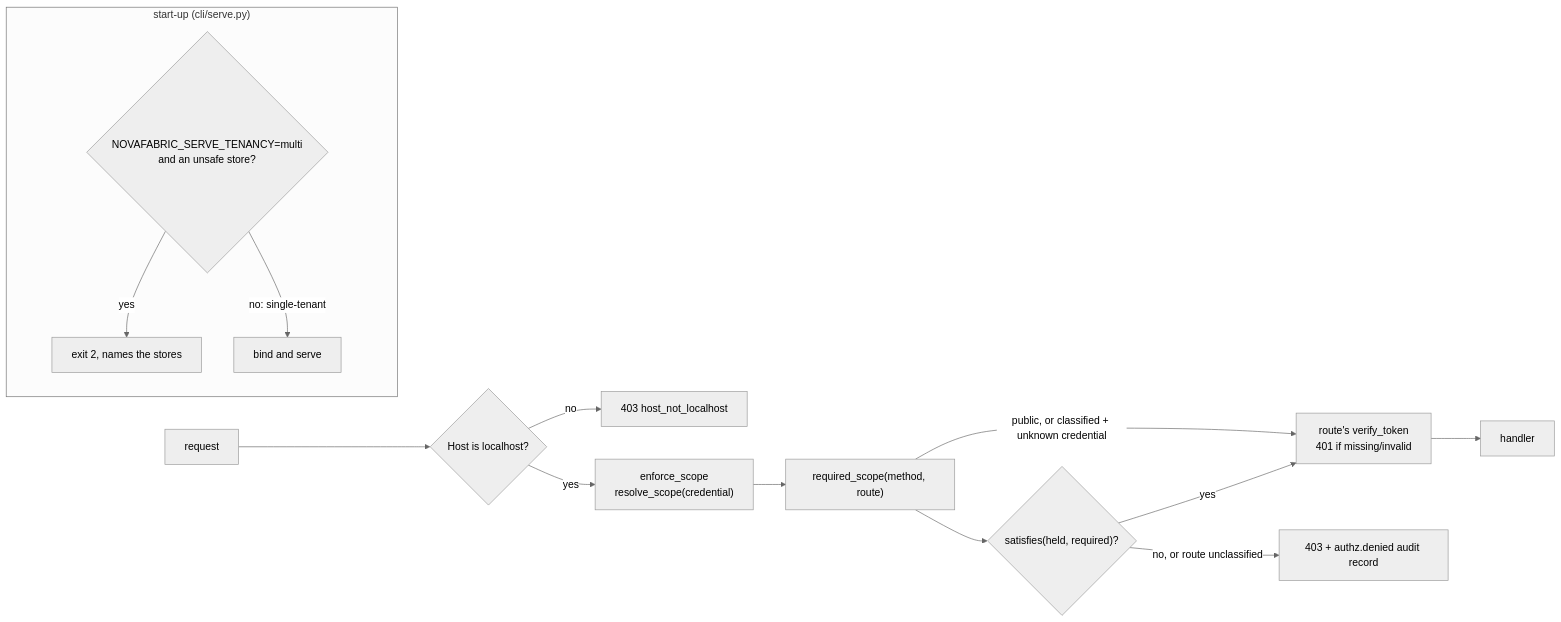
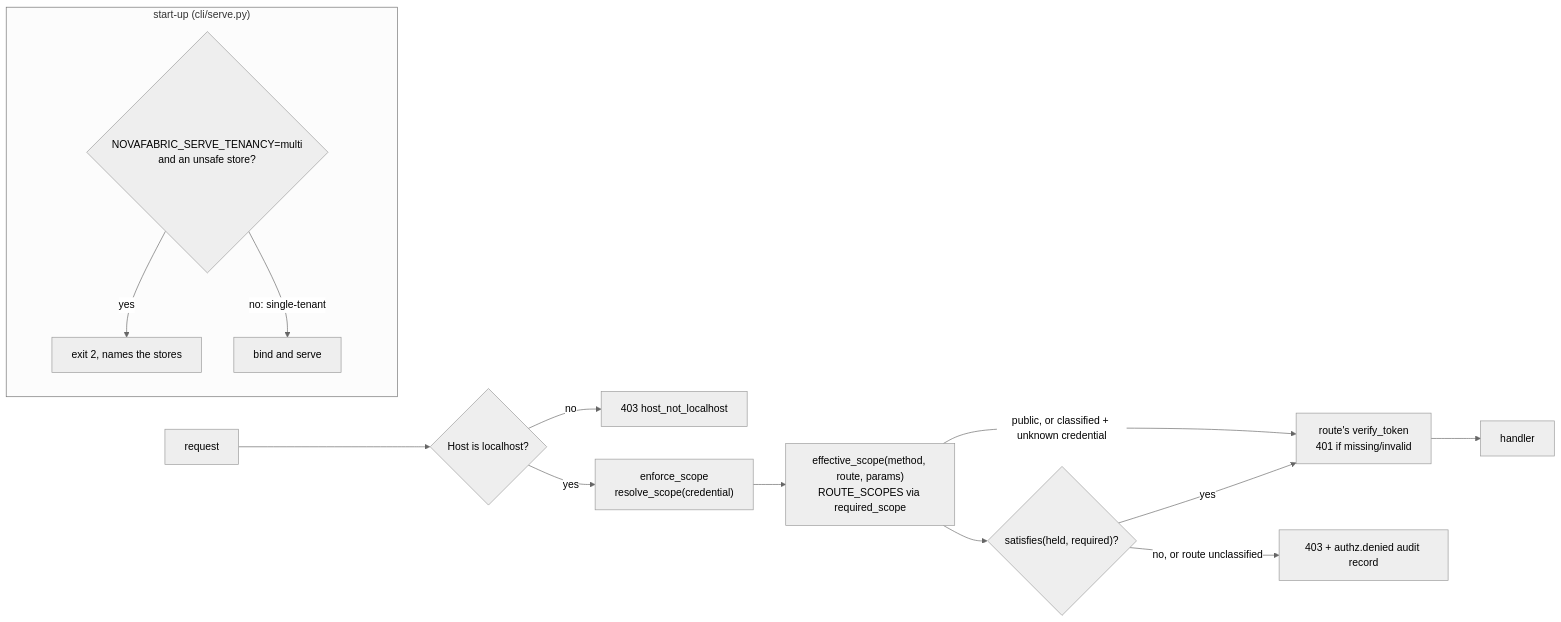
One commit to MSKazemi/novafabric changed the diagram in docs/architecture/serve-request-path.md. Above: the diagram before and after it, drawn with Mermaid (neutral theme). The commit also changed other lines of this file and 14 other files, not shown here.

Commit message:
docs(architecture): verify the architecture pages against the code (#363)

````diff
--- a/docs/architecture/serve-request-path.md
+++ b/docs/architecture/serve-request-path.md
@@ -18,16 +20,16 @@
 ```mermaid
 flowchart LR
     subgraph boot["start-up (cli/serve.py)"]
         T{"NOVAFABRIC_SERVE_TENANCY=multi<br/>and an unsafe store?"} -->|yes| X["exit 2, names the stores"]
         T -->|no: single-tenant| OK["bind and serve"]
     end
     C["request"] --> H{"Host is localhost?"}
     H -->|no| H403["403 host_not_localhost"]
     H -->|yes| R["enforce_scope<br/>resolve_scope(credential)"]
-    R --> Q["required_scope(method, route)"]
+    R --> Q["effective_scope(method, route, params)<br/>ROUTE_SCOPES via required_scope"]
     Q -->|"public, or classified + unknown credential"| V["route's verify_token<br/>401 if missing/invalid"]
     Q --> S{"satisfies(held, required)?"}
     S -->|"no, or route unclassified"| D["403 + authz.denied audit record"]
     S -->|yes| V
     V --> E["handler"]
 ```
````
